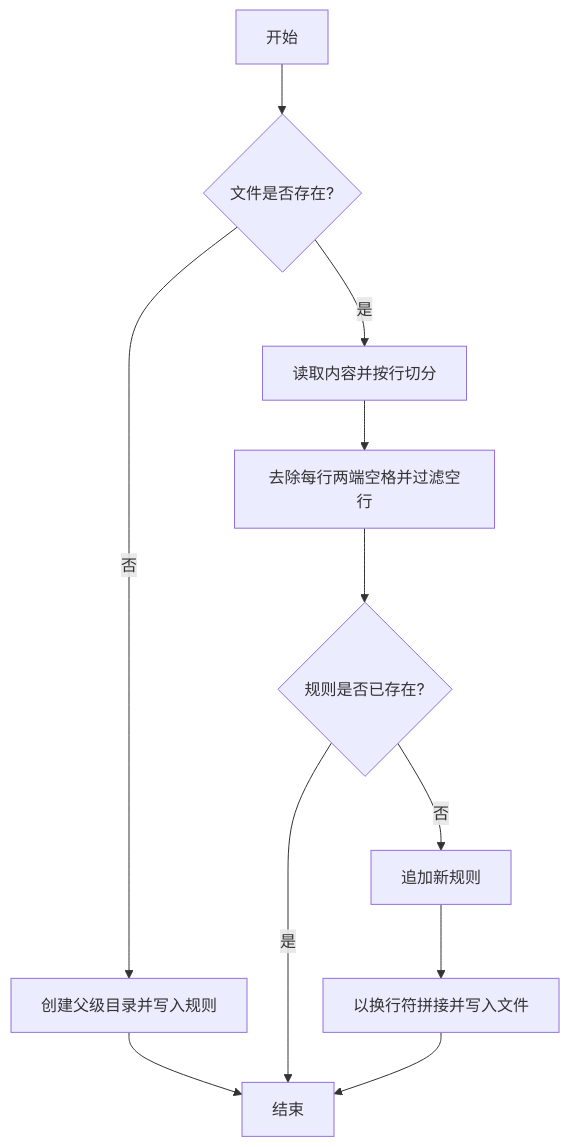
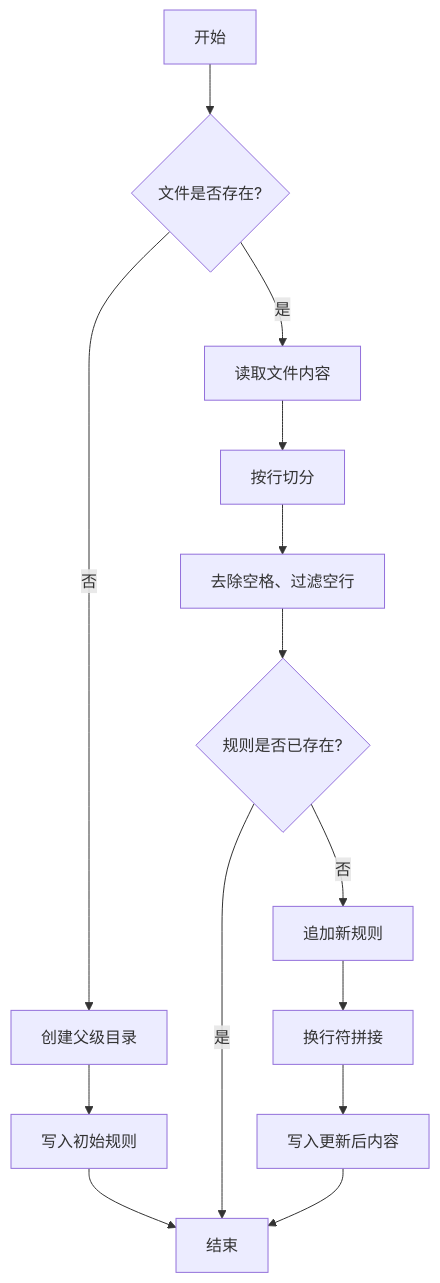
The diagram in upsert_gitignore/readme/zh/README.md (webc-site/npm), drawn with Mermaid before and after one commit. The commit also changed other lines of this file and 11 other files, not shown here.

````diff
--- a/upsert_gitignore/readme/zh/README.md
+++ b/upsert_gitignore/readme/zh/README.md
@@ -29,13 +30,16 @@
 ```mermaid
 graph TD
     A[开始] --> B{文件是否存在?}
-    B -- 否 --> C[创建父级目录并写入规则]
-    C --> D[结束]
-    B -- 是 --> E[读取内容并按行切分]
-    E --> F[去除每行两端空格并过滤空行]
-    F --> G{规则是否已存在?}
-    G -- 是 --> D
-    G -- 否 --> H[追加新规则]
-    H --> I[以换行符拼接并写入文件]
-    I --> D
+    B -- 否 --> C[创建父级目录]
+    C --> D[写入初始规则]
+    D --> E[结束]
+    B -- 是 --> F[读取文件内容]
+    F --> G[按行切分]
+    G --> H[去除空格、过滤空行]
+    H --> I{规则是否已存在?}
+    I -- 是 --> E
+    I -- 否 --> J[追加新规则]
+    J --> K[换行符拼接]
+    K --> L[写入更新后内容]
+    L --> E
 ```
````
